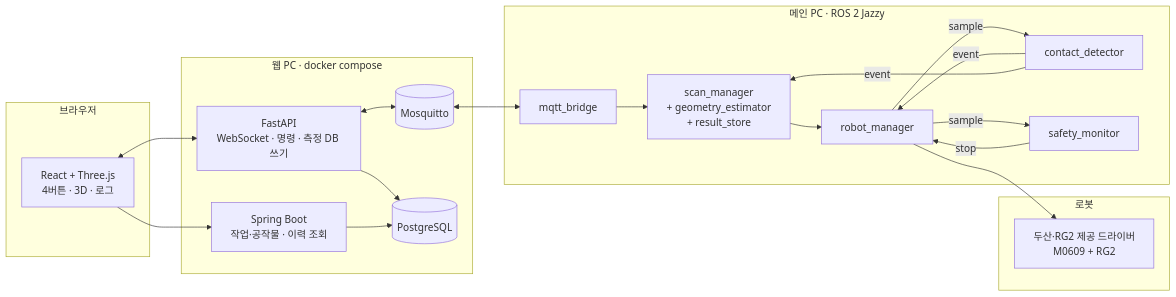
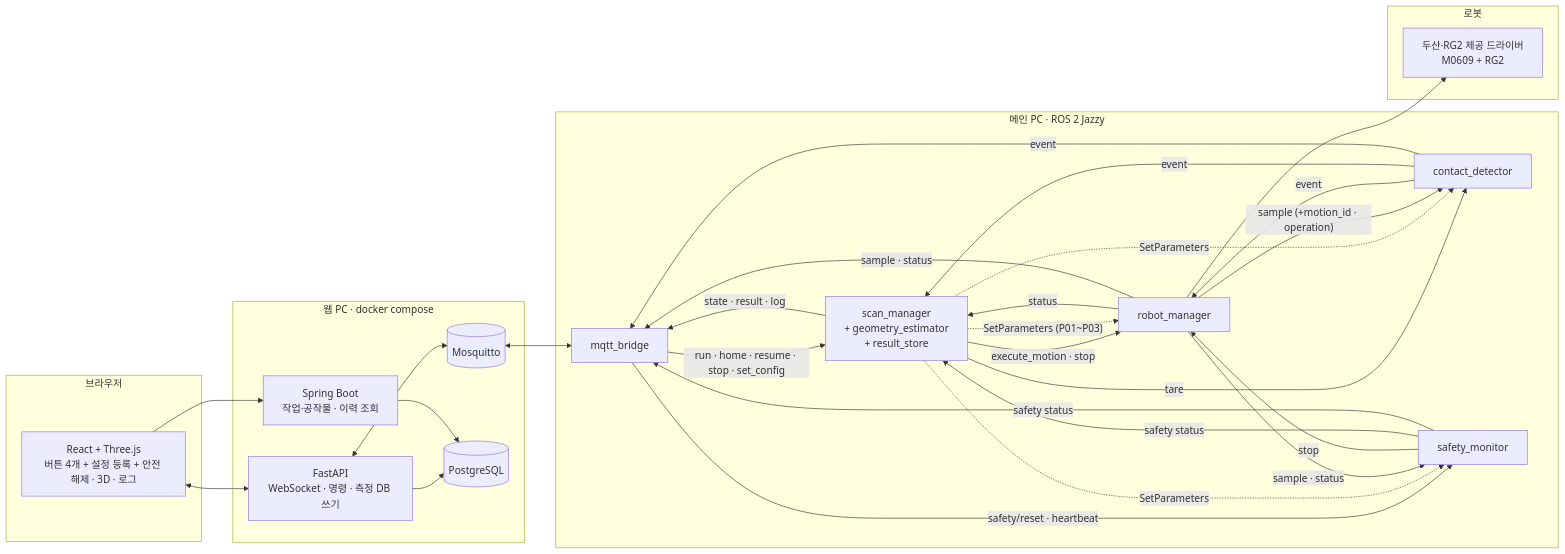
One commit to yujh5537/rokey_cobot1_Weld-Made changed the diagram in docs/architecture.md. Above: the diagram before and after it, drawn with Mermaid. The commit also changed other lines of this file and 9 other files, not shown here.

First line of the commit message:
docs: drawio 3종을 계약 v0.1에 맞춰 갱신, architecture.md 보강

````diff
--- a/docs/architecture.md
+++ b/docs/architecture.md
@@ -6,36 +6,47 @@
 ```mermaid
 flowchart LR
   subgraph B[브라우저]
-    UI[React + Three.js<br/>4버튼 · 3D · 로그]
+    UI[React + Three.js<br/>버튼 4개 + 설정 등록 + 안전 해제 · 3D · 로그]
   end
   subgraph W[웹 PC · docker compose]
     FA[FastAPI<br/>WebSocket · 명령 · 측정 DB 쓰기]
     SB[Spring Boot<br/>작업·공작물 · 이력 조회]
     MQ[(Mosquitto)]
     PG[(PostgreSQL)]
   end
   subgraph M[메인 PC · ROS 2 Jazzy]
     BR[mqtt_bridge]
     SM[scan_manager<br/>+ geometry_estimator<br/>+ result_store]
     RM[robot_manager]
     CD[contact_detector]
     SF[safety_monitor]
   end
   subgraph R[로봇]
     DSR[두산·RG2 제공 드라이버<br/>M0609 + RG2]
   end
   UI <--> FA
   UI --> SB
   FA <--> MQ
   FA --> PG
   SB --> PG
   MQ <--> BR
-  BR --> SM
-  SM --> RM
+  BR -- "run · home · resume · stop · set_config" --> SM
+  SM -- "state · result · log" --> BR
+  BR -- "safety/reset · heartbeat" --> SF
+  SM -- "execute_motion · stop" --> RM
+  SM -- "tare" --> CD
+  SM -. "SetParameters (P01~P03)" .-> RM
+  SM -. "SetParameters" .-> CD
+  SM -. "SetParameters" .-> SF
   RM --> DSR
-  RM -- sample --> CD
-  RM -- sample --> SF
+  RM -- "sample (+motion_id · operation)" --> CD
+  RM -- "sample · status" --> SF
+  RM -- "status" --> SM
+  RM -- "sample · status" --> BR
   CD -- event --> RM
   CD -- event --> SM
+  CD -- event --> BR
   SF -- stop --> RM
+  SF -- "safety status" --> SM
+  SF -- "safety status" --> BR
 ```
````
